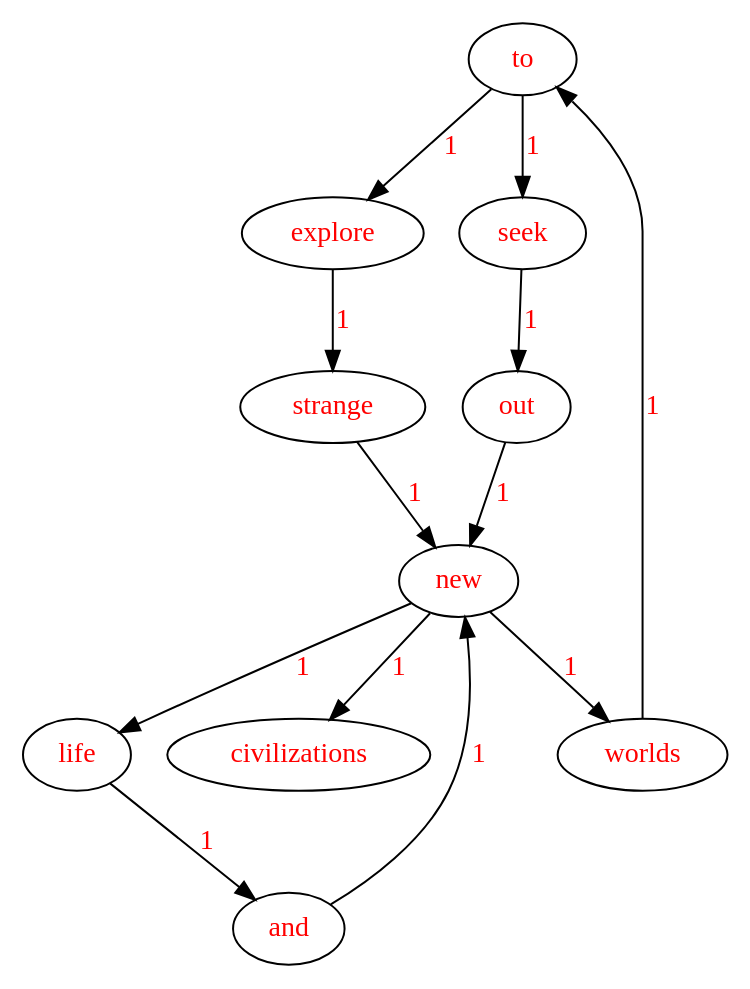
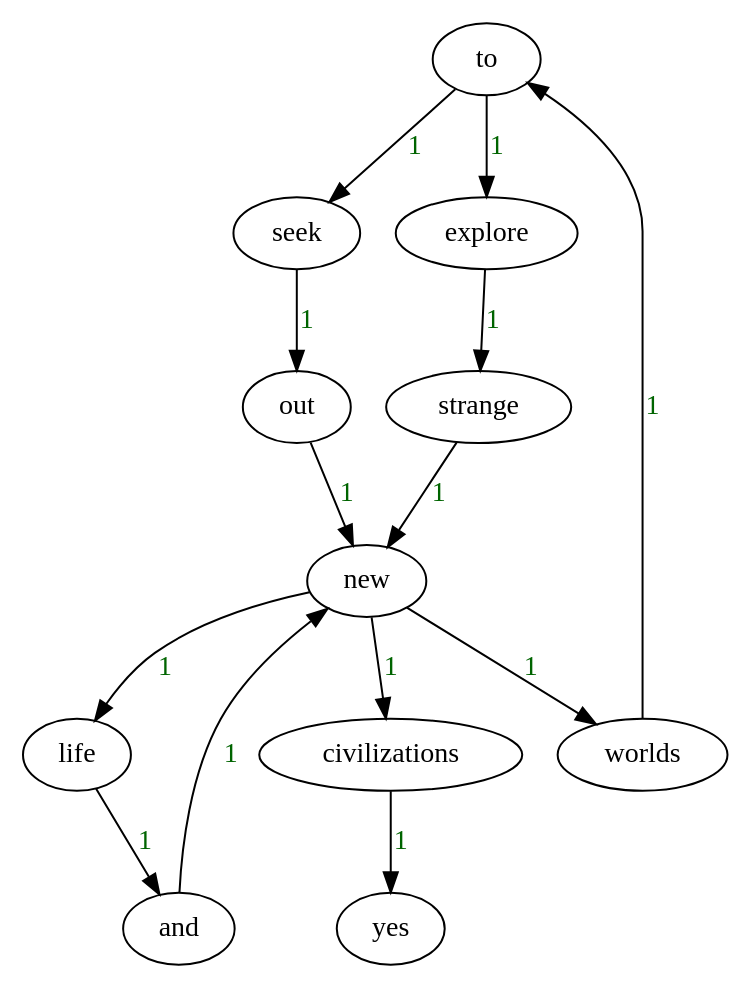
The diagram in lab01/dotsource.dot (fireball-cai/Lab1-2021110771), drawn with Graphviz before and after one commit. The commit also changed 21 other files, not shown here.

```diff
--- a/lab01/dotsource.dot
+++ b/lab01/dotsource.dot
@@ -1,38 +1,41 @@
 digraph G {
-    0 [label="to", fontcolor="red"]
-    1 [label="explore", fontcolor="red"]
-    0->1 [label="1", fontcolor="red"]
-    0 [label="to", fontcolor="red"]
-    5 [label="seek", fontcolor="red"]
-    0->5 [label="1", fontcolor="red"]
-    1 [label="explore", fontcolor="red"]
-    2 [label="strange", fontcolor="red"]
-    1->2 [label="1", fontcolor="red"]
-    2 [label="strange", fontcolor="red"]
-    3 [label="new", fontcolor="red"]
-    2->3 [label="1", fontcolor="red"]
-    3 [label="new", fontcolor="red"]
-    4 [label="worlds", fontcolor="red"]
-    3->4 [label="1", fontcolor="red"]
-    3 [label="new", fontcolor="red"]
-    7 [label="life", fontcolor="red"]
-    3->7 [label="1", fontcolor="red"]
-    3 [label="new", fontcolor="red"]
-    9 [label="civilizations", fontcolor="red"]
-    3->9 [label="1", fontcolor="red"]
-    4 [label="worlds", fontcolor="red"]
-    0 [label="to", fontcolor="red"]
-    4->0 [label="1", fontcolor="red"]
-    5 [label="seek", fontcolor="red"]
-    6 [label="out", fontcolor="red"]
-    5->6 [label="1", fontcolor="red"]
-    6 [label="out", fontcolor="red"]
-    3 [label="new", fontcolor="red"]
-    6->3 [label="1", fontcolor="red"]
-    7 [label="life", fontcolor="red"]
-    8 [label="and", fontcolor="red"]
-    7->8 [label="1", fontcolor="red"]
-    8 [label="and", fontcolor="red"]
-    3 [label="new", fontcolor="red"]
-    8->3 [label="1", fontcolor="red"]
+    0 [label="to"]
+    1 [label="explore"]
+    0->1 [label="1", fontcolor="darkgreen"]
+    0 [label="to"]
+    5 [label="seek"]
+    0->5 [label="1", fontcolor="darkgreen"]
+    1 [label="explore"]
+    2 [label="strange"]
+    1->2 [label="1", fontcolor="darkgreen"]
+    2 [label="strange"]
+    3 [label="new"]
+    2->3 [label="1", fontcolor="darkgreen"]
+    3 [label="new"]
+    4 [label="worlds"]
+    3->4 [label="1", fontcolor="darkgreen"]
+    3 [label="new"]
+    7 [label="life"]
+    3->7 [label="1", fontcolor="darkgreen"]
+    3 [label="new"]
+    9 [label="civilizations"]
+    3->9 [label="1", fontcolor="darkgreen"]
+    4 [label="worlds"]
+    0 [label="to"]
+    4->0 [label="1", fontcolor="darkgreen"]
+    5 [label="seek"]
+    6 [label="out"]
+    5->6 [label="1", fontcolor="darkgreen"]
+    6 [label="out"]
+    3 [label="new"]
+    6->3 [label="1", fontcolor="darkgreen"]
+    7 [label="life"]
+    8 [label="and"]
+    7->8 [label="1", fontcolor="darkgreen"]
+    8 [label="and"]
+    3 [label="new"]
+    8->3 [label="1", fontcolor="darkgreen"]
+    9 [label="civilizations"]
+    10 [label="yes"]
+    9->10 [label="1", fontcolor="darkgreen"]
 }
```
